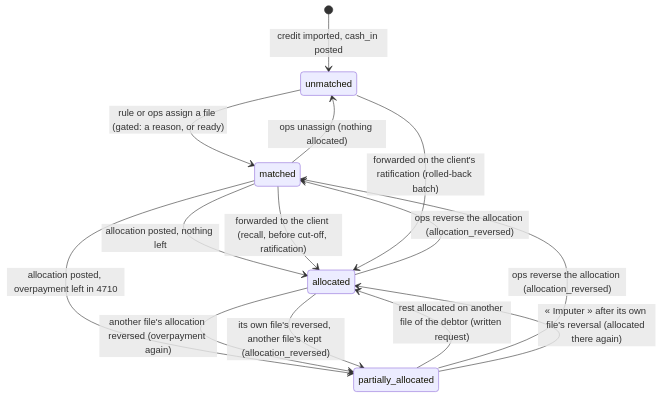
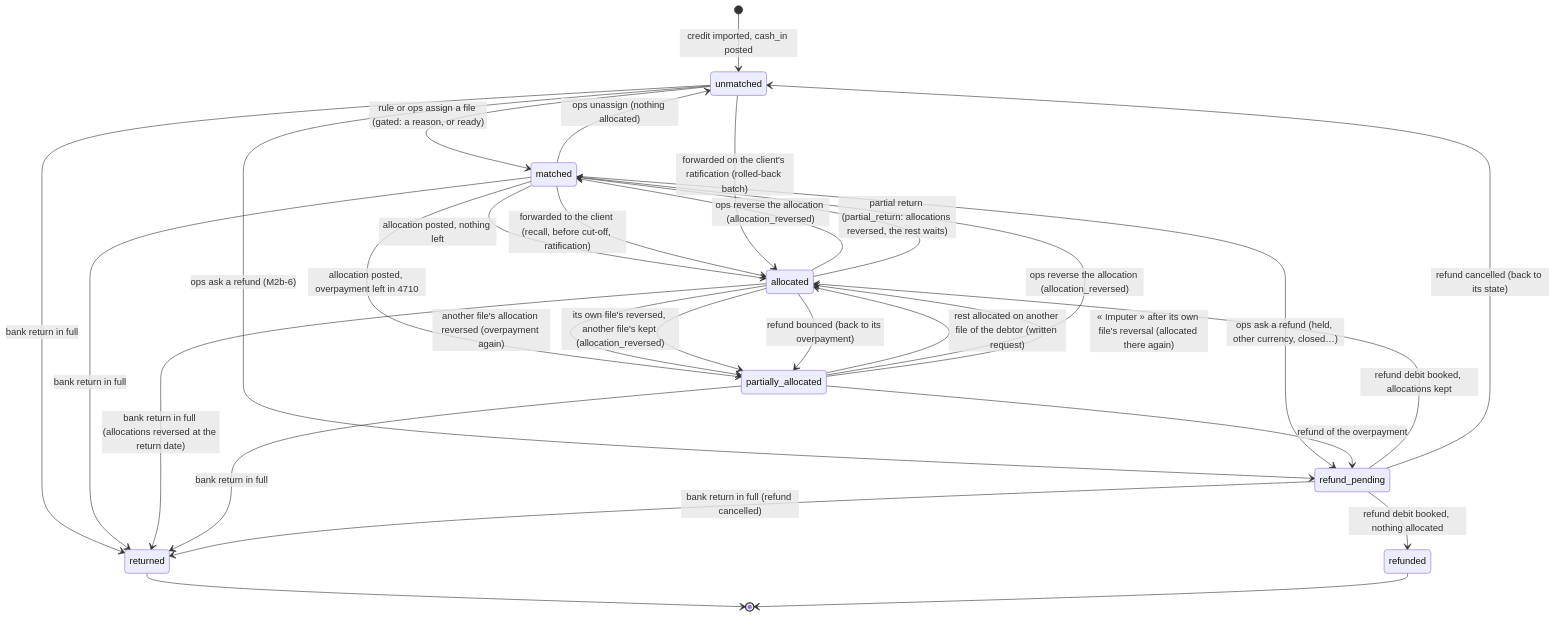
Diagram 15 of 15 in docs/DOMAIN.md (TheliosGroupe/collectoo), drawn with Mermaid before and after one commit. The commit also changed other lines of this file and 10 other files, not shown here.

First line of the commit message:
M2b-6: docs (ADR-0013 addendum, COMPLIANCE enforcement points and OQ-30/31, DOMAIN, ARCHITECTURE §8–9, CALCULATION_RULES §6b, benchmarks, PROGRESS); returns at scale; forward return test; decided-lines tab from decisions

````diff
--- a/docs/DOMAIN.md
+++ b/docs/DOMAIN.md
@@ -1236,16 +1278,31 @@
 ```mermaid
 stateDiagram-v2
     [*] --> unmatched : credit imported, cash_in posted
     unmatched --> matched : rule or ops assign a file (gated: a reason, or ready)
     matched --> allocated : allocation posted, nothing left
     matched --> partially_allocated : allocation posted, overpayment left in 4710
     matched --> allocated : forwarded to the client (recall, before cut-off, ratification)
     partially_allocated --> allocated : rest allocated on another file of the debtor (written request)
     allocated --> matched : ops reverse the allocation (allocation_reversed)
     partially_allocated --> matched : ops reverse the allocation (allocation_reversed)
     allocated --> partially_allocated : another file's allocation reversed (overpayment again)
     allocated --> partially_allocated : its own file's reversed, another file's kept (allocation_reversed)
     partially_allocated --> allocated : « Imputer » after its own file's reversal (allocated there again)
     matched --> unmatched : ops unassign (nothing allocated)
     unmatched --> allocated : forwarded on the client's ratification (rolled-back batch)
+    unmatched --> refund_pending : ops ask a refund (M2b-6)
+    matched --> refund_pending : ops ask a refund (held, other currency, closed…)
+    partially_allocated --> refund_pending : refund of the overpayment
+    refund_pending --> refunded : refund debit booked, nothing allocated
+    refund_pending --> allocated : refund debit booked, allocations kept
+    refund_pending --> unmatched : refund cancelled (back to its state)
+    allocated --> partially_allocated : refund bounced (back to its overpayment)
+    unmatched --> returned : bank return in full
+    matched --> returned : bank return in full
+    allocated --> returned : bank return in full (allocations reversed at the return date)
+    partially_allocated --> returned : bank return in full
+    refund_pending --> returned : bank return in full (refund cancelled)
+    allocated --> matched : partial return (partial_return: allocations reversed, the rest waits)
+    returned --> [*]
+    refunded --> [*]
 ```
````
